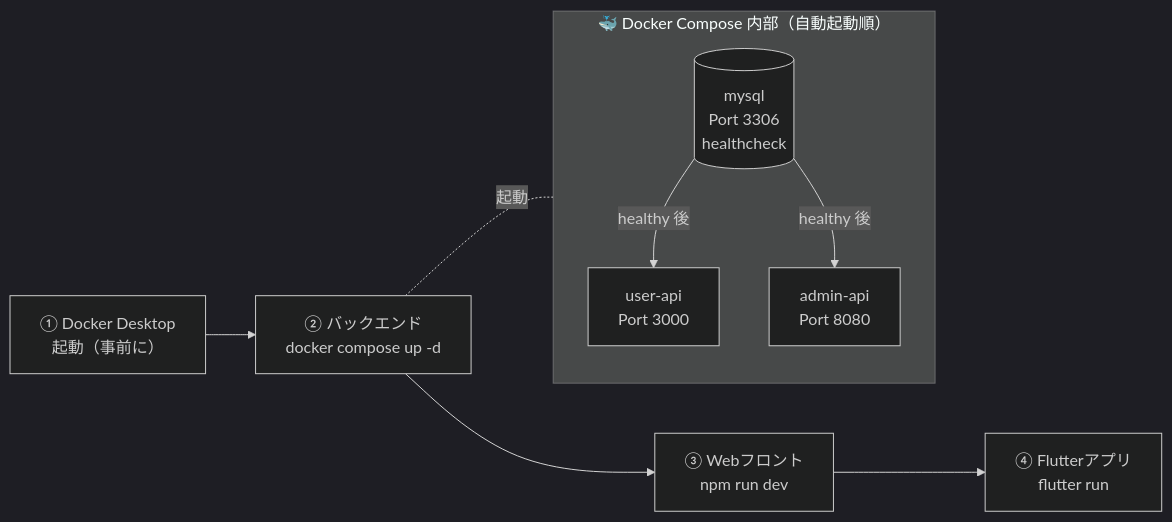
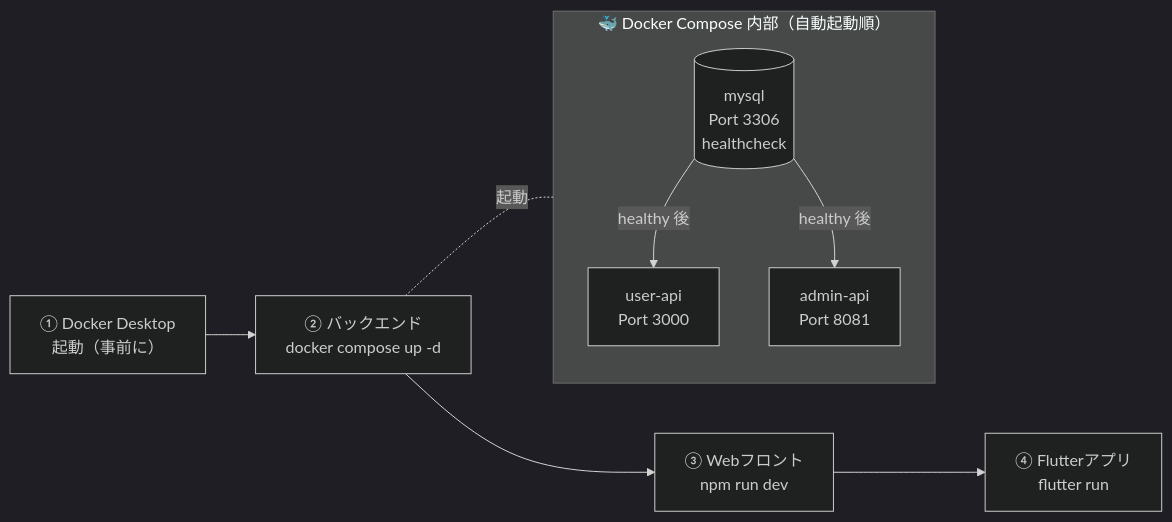
One commit to fumiyasac/junc_hamburger_club changed the diagram in procedure_manual.md. Above: the diagram before and after it, drawn with Mermaid (dark theme). The commit also changed other lines of this file and 34 other files, not shown here.

````diff
--- a/procedure_manual.md
+++ b/procedure_manual.md
@@ -25,17 +25,17 @@
 ```mermaid
 graph LR
     A["① Docker Desktop\n起動（事前に）"]
     B["② バックエンド\ndocker compose up -d"]
     C["③ Webフロント\nnpm run dev"]
     D["④ Flutterアプリ\nflutter run"]
 
     A --> B --> C --> D
 
     subgraph Docker["🐳 Docker Compose 内部（自動起動順）"]
         direction TB
         M[("mysql\nPort 3306\nhealthcheck")] -->|healthy 後| UA["user-api\nPort 3000"]
-        M -->|healthy 後| AA["admin-api\nPort 8080"]
+        M -->|healthy 後| AA["admin-api\nPort 8081"]
     end
 
     B -.起動.- Docker
 ```
````
